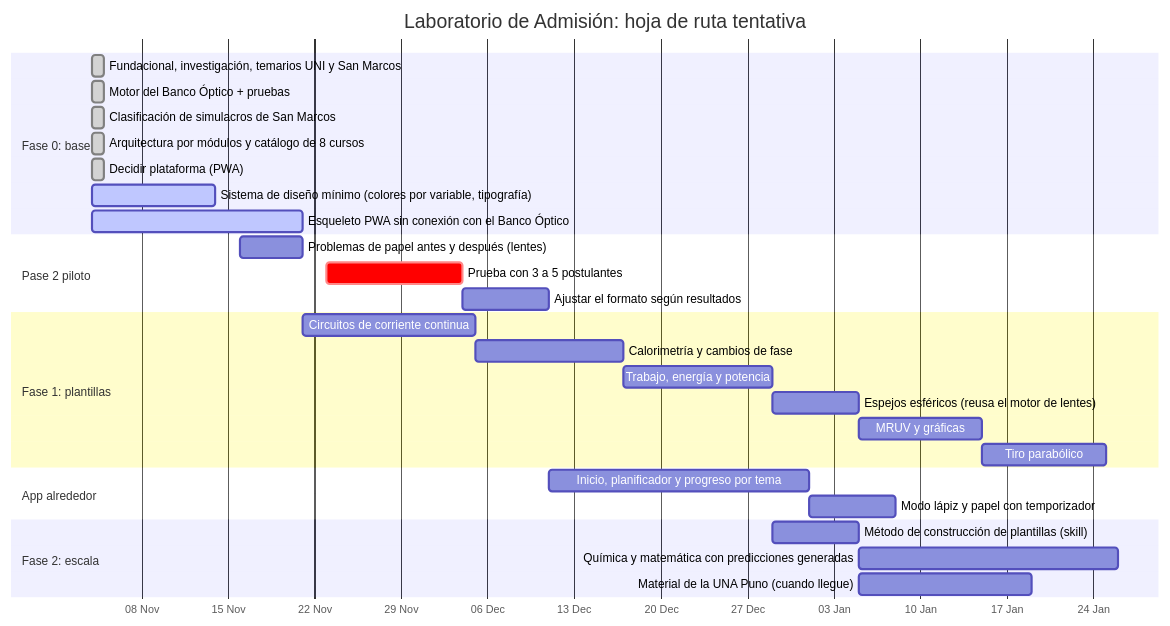
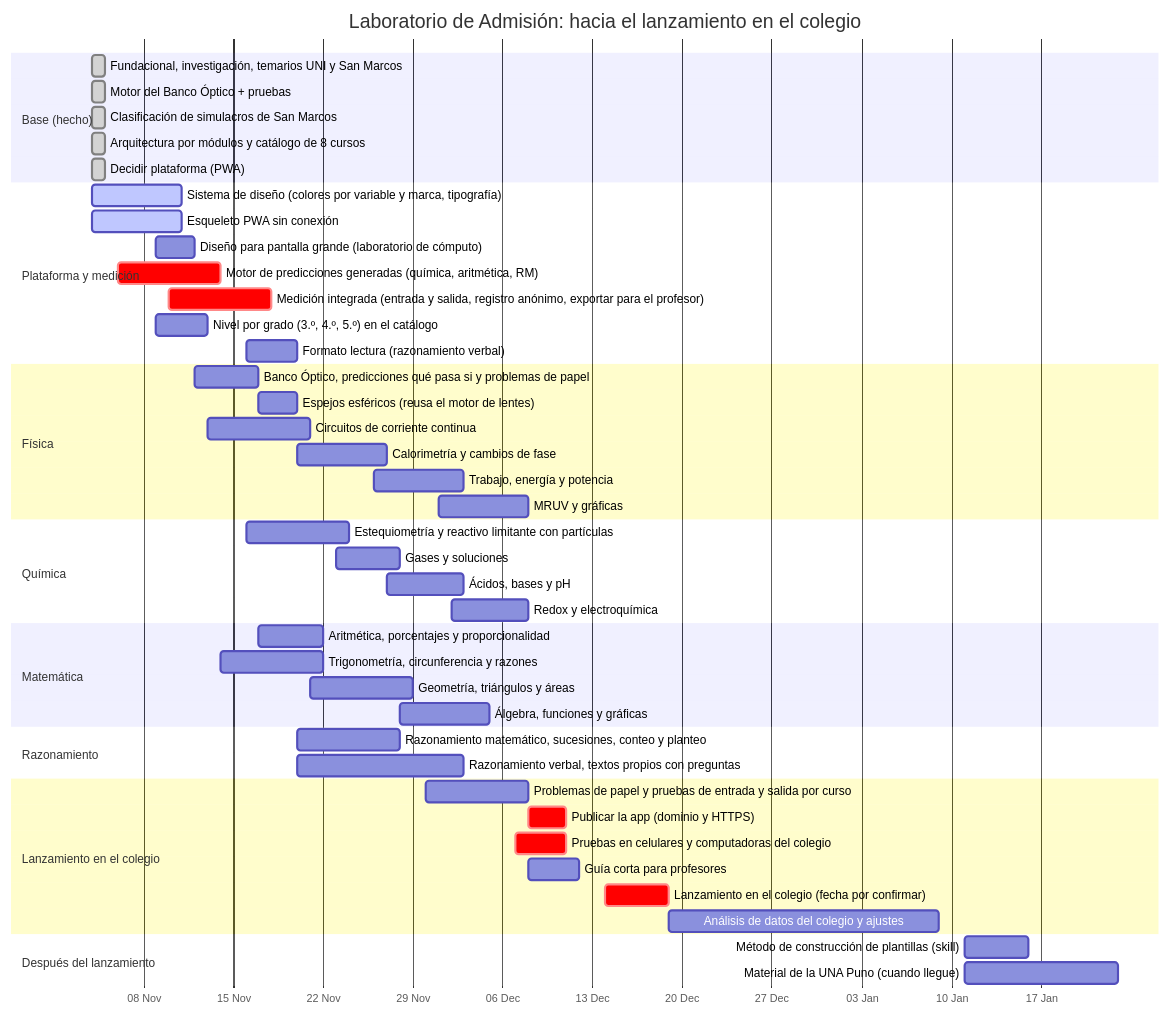
Before and after one commit to Eltiokarma/Mesa-de-Estudios: the diagram in docs/hoja-de-ruta.md, drawn with Mermaid. The commit also changed other lines of this file and 1 other file, not shown here.

Commit message:
Hoja de ruta rehecha para el lanzamiento en el colegio (diciembre de 2026)
3.º a 5.º de secundaria, celular y laboratorio de cómputo, cuatro
bloques de cursos. Se priorizan el motor de predicciones generadas y
la medición integrada, que es la única fuente de datos del lanzamiento.

Claude-Session: https://claude.ai/code/session_01WwsfbVXDyLgwr6kyamj8MV

````diff
--- a/docs/hoja-de-ruta.md
+++ b/docs/hoja-de-ruta.md
@@ -30,37 +52,58 @@
 ```mermaid
 gantt
-    title Laboratorio de Admisión: hoja de ruta tentativa
+    title Laboratorio de Admisión: hacia el lanzamiento en el colegio
     dateFormat  YYYY-MM-DD
     axisFormat  %d %b
 
-    section Fase 0: base
+    section Base (hecho)
     Fundacional, investigación, temarios UNI y San Marcos :done, f0a, 2026-11-04, 2026-11-05
     Motor del Banco Óptico + pruebas :done, f0b, 2026-11-04, 2026-11-05
     Clasificación de simulacros de San Marcos :done, f0c, 2026-11-04, 2026-11-05
     Arquitectura por módulos y catálogo de 8 cursos :done, f0g, 2026-11-04, 2026-11-05
     Decidir plataforma (PWA) :done, f0d, 2026-11-04, 2026-11-05
-    Sistema de diseño mínimo (colores por variable, tipografía) :active, f0e, 2026-11-04, 2026-11-14
-    Esqueleto PWA sin conexión con el Banco Óptico :active, f0f, 2026-11-04, 2026-11-21
 
-    section Pase 2 piloto
-    Problemas de papel antes y después (lentes) :p2a, 2026-11-16, 2026-11-21
-    Prueba con 3 a 5 postulantes :crit, p2b, 2026-11-23, 2026-12-04
-    Ajustar el formato según resultados :p2c, 2026-12-04, 2026-12-11
+    section Plataforma y medición
+    Sistema de diseño (colores por variable y marca, tipografía) :active, f0e, 2026-11-04, 2026-11-11
+    Esqueleto PWA sin conexión :active, f0f, 2026-11-04, 2026-11-11
+    Diseño para pantalla grande (laboratorio de cómputo) :pl1, 2026-11-09, 2026-11-12
+    Motor de predicciones generadas (química, aritmética, RM) :crit, pl3, 2026-11-06, 2026-11-14
+    Medición integrada (entrada y salida, registro anónimo, exportar para el profesor) :crit, pl2, 2026-11-10, 2026-11-18
+    Nivel por grado (3.º, 4.º, 5.º) en el catálogo :pl5, 2026-11-09, 2026-11-13
+    Formato lectura (razonamiento verbal) :pl4, 2026-11-16, 2026-11-20
 
-    section Fase 1: plantillas
-    Circuitos de corriente continua :f1a, 2026-11-21, 2026-12-05
-    Calorimetría y cambios de fase :f1b, 2026-12-05, 2026-12-17
-    Trabajo, energía y potencia :f1c, 2026-12-17, 2026-12-29
-    Espejos esféricos (reusa el motor de lentes) :f1d, 2026-12-29, 2027-01-05
-    MRUV y gráficas :f1e, 2027-01-05, 2027-01-15
-    Tiro parabólico :f1f, 2027-01-15, 2027-01-25
+    section Física
+    Banco Óptico, predicciones qué pasa si y problemas de papel :fi1, 2026-11-12, 2026-11-17
+    Espejos esféricos (reusa el motor de lentes) :fi5, 2026-11-17, 2026-11-20
+    Circuitos de corriente continua :fi2, 2026-11-13, 2026-11-21
+    Calorimetría y cambios de fase :fi3, 2026-11-20, 2026-11-27
+    Trabajo, energía y potencia :fi4, 2026-11-26, 2026-12-03
+    MRUV y gráficas :fi6, 2026-12-01, 2026-12-08
 
-    section App alrededor
-    Inicio, planificador y progreso por tema :apa, 2026-12-11, 2027-01-01
-    Modo lápiz y papel con temporizador :apb, 2027-01-01, 2027-01-08
+    section Química
+    Estequiometría y reactivo limitante con partículas :qu1, 2026-11-16, 2026-11-24
+    Gases y soluciones :qu2, 2026-11-23, 2026-11-28
+    Ácidos, bases y pH :qu3, 2026-11-27, 2026-12-03
+    Redox y electroquímica :qu4, 2026-12-02, 2026-12-08
 
-    section Fase 2: escala
-    Método de construcción de plantillas (skill) :f2a, 2026-12-29, 2027-01-05
-    Química y matemática con predicciones generadas :f2b, 2027-01-05, 2027-01-26
-    Material de la UNA Puno (cuando llegue) :f2c, 2027-01-05, 2027-01-19
+    section Matemática
+    Aritmética, porcentajes y proporcionalidad :ma4, 2026-11-17, 2026-11-22
+    Trigonometría, circunferencia y razones :ma1, 2026-11-14, 2026-11-22
+    Geometría, triángulos y áreas :ma2, 2026-11-21, 2026-11-29
+    Álgebra, funciones y gráficas :ma3, 2026-11-28, 2026-12-05
+
+    section Razonamiento
+    Razonamiento matemático, sucesiones, conteo y planteo :ra1, 2026-11-20, 2026-11-28
+    Razonamiento verbal, textos propios con preguntas :ra2, 2026-11-20, 2026-12-03
+
+    section Lanzamiento en el colegio
+    Problemas de papel y pruebas de entrada y salida por curso :la1, 2026-11-30, 2026-12-08
+    Publicar la app (dominio y HTTPS) :crit, la3, 2026-12-08, 2026-12-11
+    Pruebas en celulares y computadoras del colegio :crit, la2, 2026-12-07, 2026-12-11
+    Guía corta para profesores :la4, 2026-12-08, 2026-12-12
+    Lanzamiento en el colegio (fecha por confirmar) :crit, la5, 2026-12-14, 2026-12-19
+    Análisis de datos del colegio y ajustes :la6, 2026-12-19, 2027-01-09
+
+    section Después del lanzamiento
+    Método de construcción de plantillas (skill) :f2a, 2027-01-11, 2027-01-16
+    Material de la UNA Puno (cuando llegue) :f2c, 2027-01-11, 2027-01-23
 ```
````
